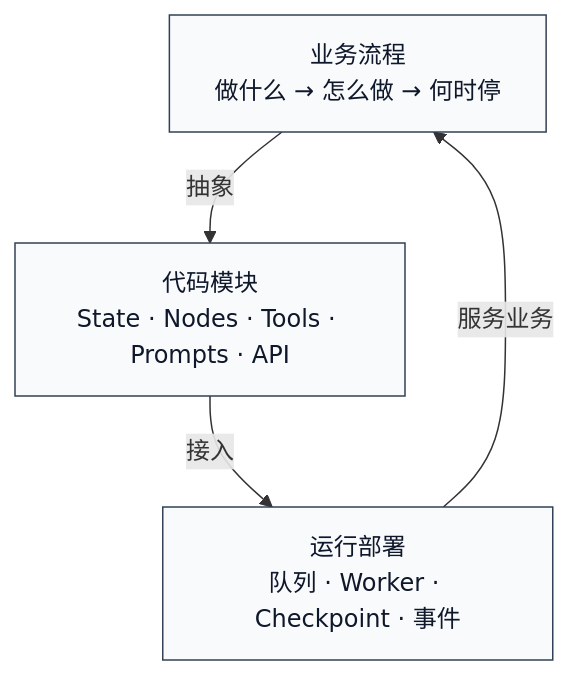
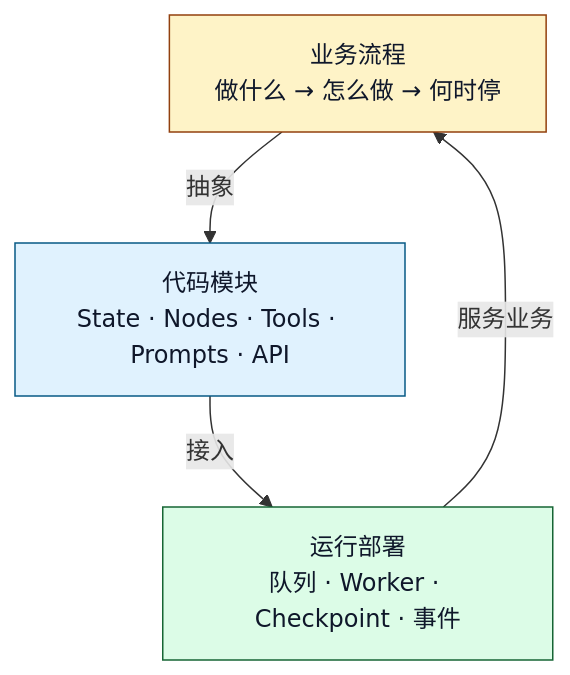
The second of 13 diagrams in ai-agent学习/06.LangGraph入门/16.LangGraph业务落地项目架构.md (sealzrt/2026-08--agent), drawn with Mermaid before and after one commit. The commit also changed other lines of this file and 95 other files, not shown here.

````diff
--- a/ai-agent学习/06.LangGraph入门/16.LangGraph业务落地项目架构.md
+++ b/ai-agent学习/06.LangGraph入门/16.LangGraph业务落地项目架构.md
@@ -57,8 +57,12 @@
 ```mermaid
 flowchart TD
     A["业务流程<br/>做什么 → 怎么做 → 何时停"] -->|抽象| B["代码模块<br/>State · Nodes · Tools · Prompts · API"]
     B -->|接入| C["运行部署<br/>队列 · Worker · Checkpoint · 事件"]
     C -->|服务业务| A
-    classDef neutral fill:#f8fafc,stroke:#334155,color:#0f172a
-    class A,B,C neutral
+    classDef biz fill:#fef3c7,stroke:#92400e,color:#0f172a
+    classDef core fill:#e0f2fe,stroke:#075985,color:#0f172a
+    classDef cap fill:#dcfce7,stroke:#166534,color:#0f172a
+    class A biz
+    class B core
+    class C cap
 ```
````
